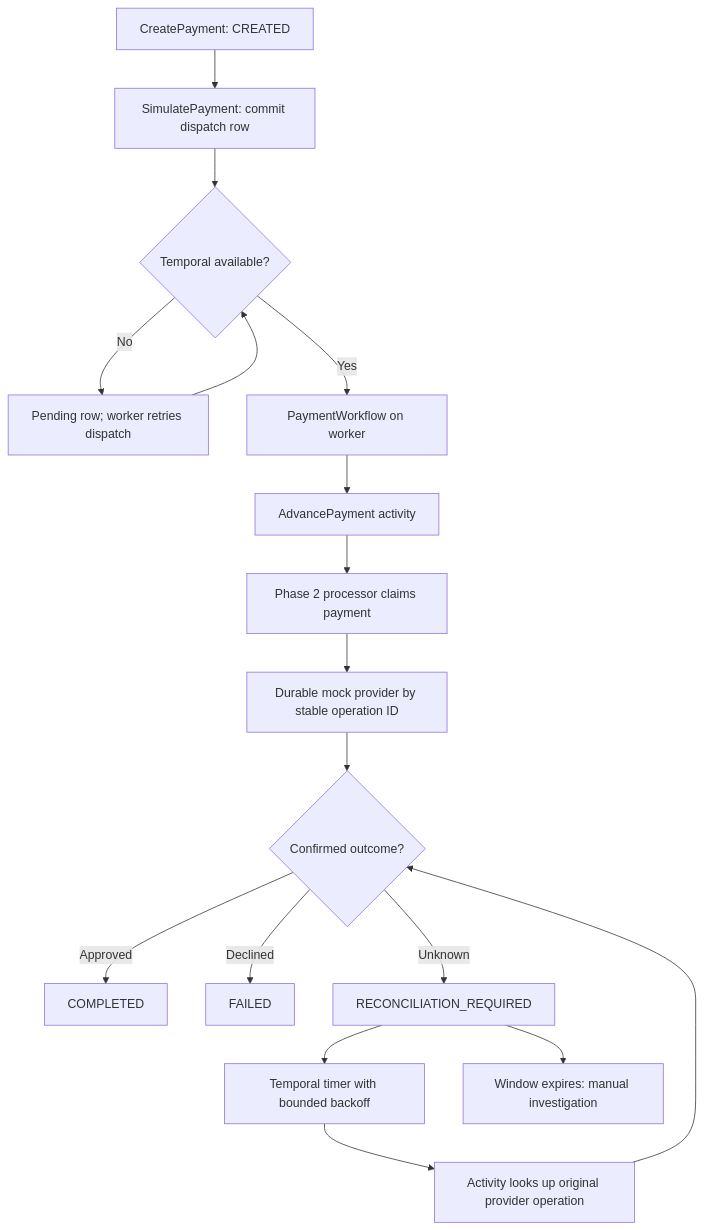
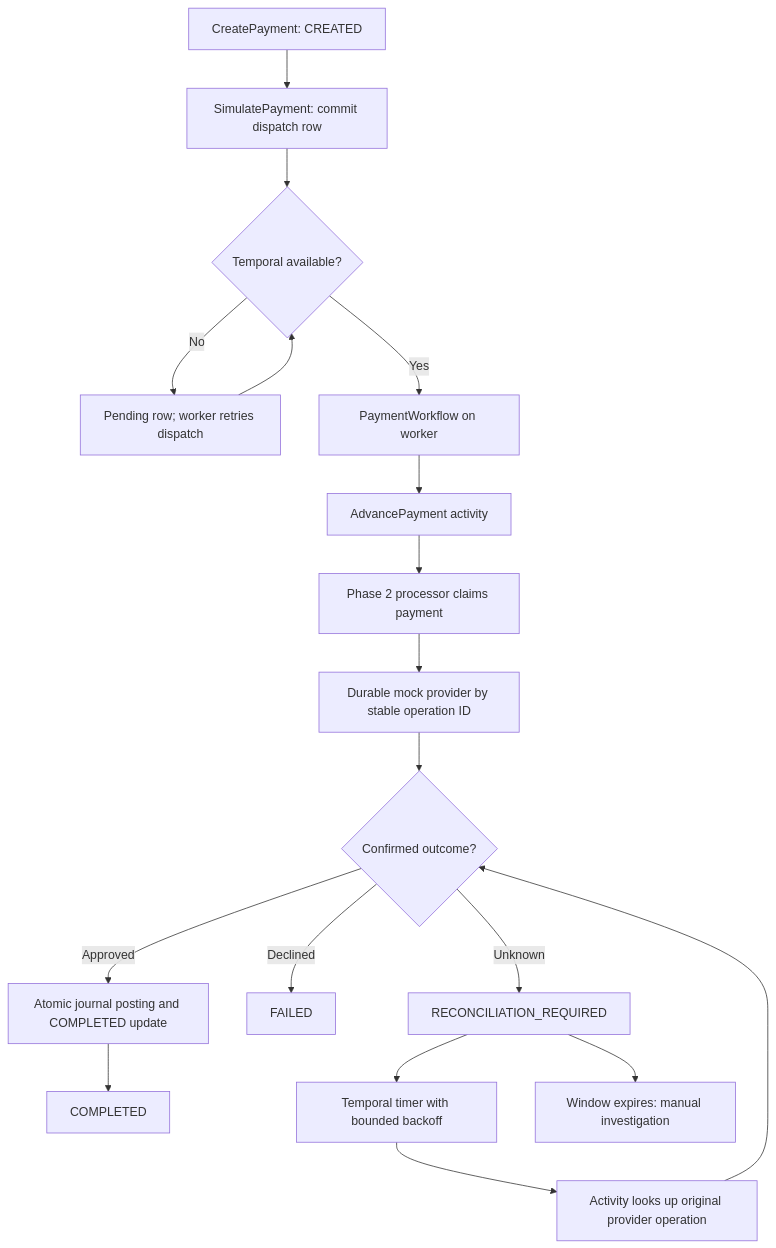
One commit to OloaneShark/PAYFLOW changed the first of 2 diagrams in docs/architecture.md. Above: the diagram before and after it, drawn with Mermaid. The commit also changed other lines of this file and 10 other files, not shown here.

````diff
--- a/docs/architecture.md
+++ b/docs/architecture.md
@@ -9,19 +9,20 @@
 ```mermaid
 flowchart TD
     A[CreatePayment: CREATED] --> B[SimulatePayment: commit dispatch row]
     B --> C{Temporal available?}
     C -- No --> D[Pending row; worker retries dispatch]
     D --> C
     C -- Yes --> E[PaymentWorkflow on worker]
     E --> F[AdvancePayment activity]
     F --> G[Phase 2 processor claims payment]
     G --> H[Durable mock provider by stable operation ID]
     H --> I{Confirmed outcome?}
-    I -- Approved --> J[COMPLETED]
+    I -- Approved --> P[Atomic journal posting and COMPLETED update]
+    P --> J[COMPLETED]
     I -- Declined --> K[FAILED]
     I -- Unknown --> L[RECONCILIATION_REQUIRED]
     L --> M[Temporal timer with bounded backoff]
     M --> N[Activity looks up original provider operation]
     N --> I
     L --> O[Window expires: manual investigation]
 ```
````
